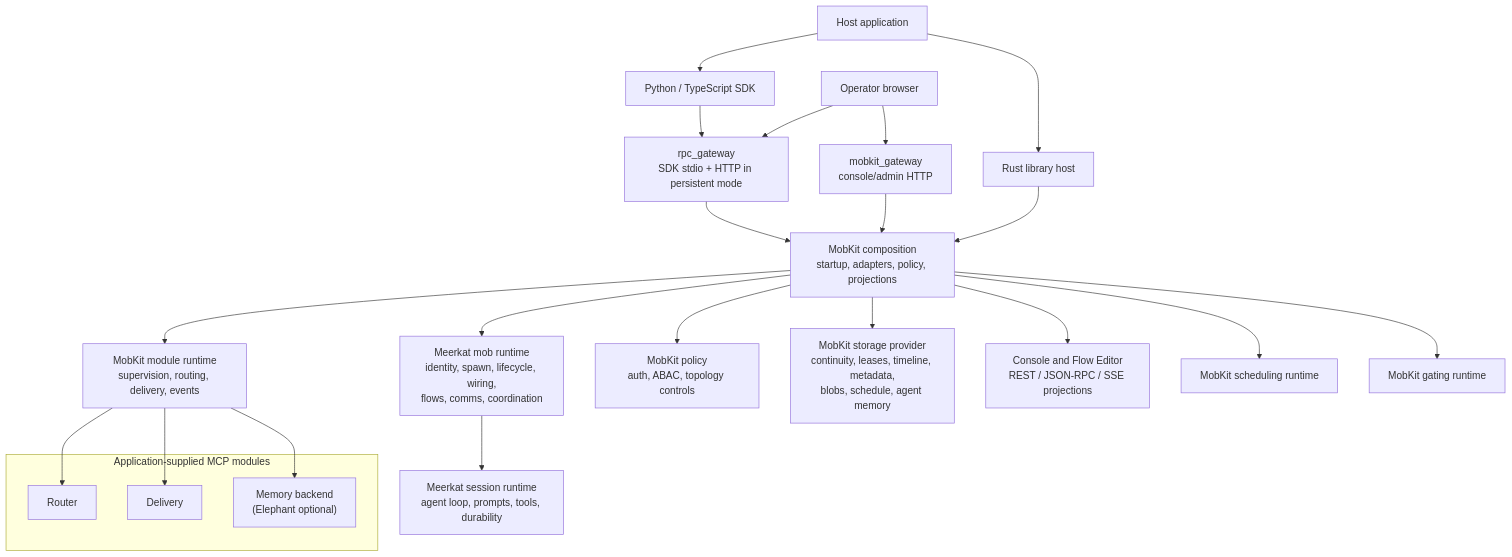
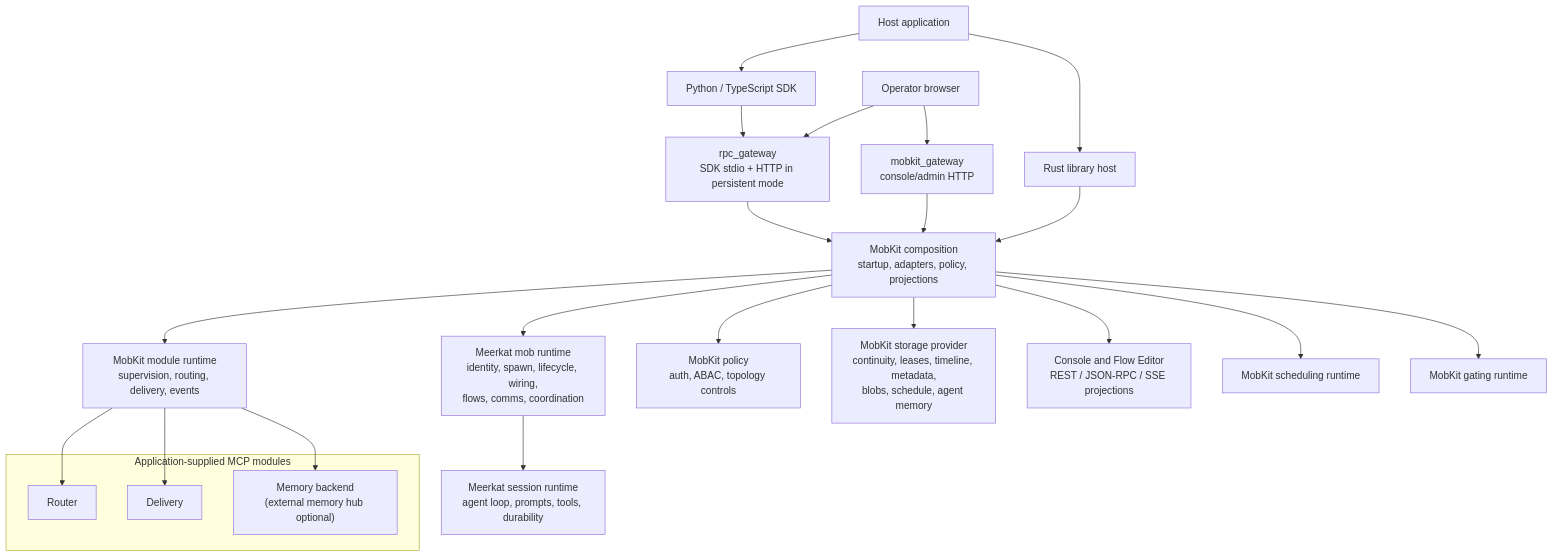
Before and after one commit to lukacf/meerkat-mobkit: the first of 2 diagrams in docs/reference/architecture.mdx, drawn with Mermaid. The commit also changed other lines of this file and 158 other files, not shown here.

````diff
--- a/docs/reference/architecture.mdx
+++ b/docs/reference/architecture.mdx
@@ -44,46 +44,46 @@
 ```mermaid
 graph TD
     APP["Host application"]
     SDK["Python / TypeScript SDK"]
     OPERATOR["Operator browser"]
     LIB["Rust library host"]
     RPCG["rpc_gateway<br/>SDK stdio + HTTP in persistent mode"]
     HTTPG["mobkit_gateway<br/>console/admin HTTP"]
     UNIFIED["MobKit composition<br/>startup, adapters, policy, projections"]
     MOB["Meerkat mob runtime<br/>identity, spawn, lifecycle, wiring,<br/>flows, comms, coordination"]
     SESSION["Meerkat session runtime<br/>agent loop, prompts, tools, durability"]
     MODULES["MobKit module runtime<br/>supervision, routing, delivery, events"]
     POLICY["MobKit policy<br/>auth, ABAC, topology controls"]
     STORES["MobKit storage provider<br/>continuity, leases, timeline, metadata,<br/>blobs, schedule, agent memory"]
     CONSOLE["Console and Flow Editor<br/>REST / JSON-RPC / SSE projections"]
     SCHEDULING["MobKit scheduling runtime"]
     GATING["MobKit gating runtime"]
 
     subgraph subsystems["Application-supplied MCP modules"]
         ROUTER["Router"]
         DELIVERY["Delivery"]
-        MEMORY["Memory backend<br/>(Elephant optional)"]
+        MEMORY["Memory backend<br/>(external memory hub optional)"]
     end
 
     APP --> SDK
     APP --> LIB
     SDK --> RPCG
     OPERATOR --> HTTPG
     OPERATOR --> RPCG
     RPCG --> UNIFIED
     HTTPG --> UNIFIED
     LIB --> UNIFIED
     UNIFIED --> MOB
     MOB --> SESSION
     UNIFIED --> MODULES
     UNIFIED --> POLICY
     UNIFIED --> STORES
     UNIFIED --> CONSOLE
     UNIFIED --> SCHEDULING
     UNIFIED --> GATING
 
     MODULES --> ROUTER
     MODULES --> DELIVERY
     MODULES --> MEMORY
 
 ```
````
